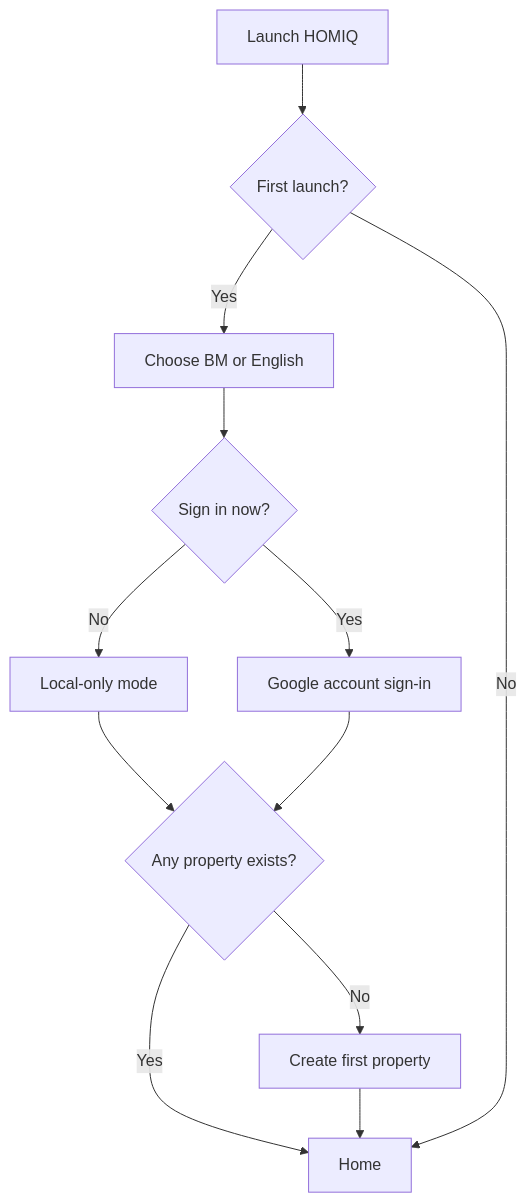
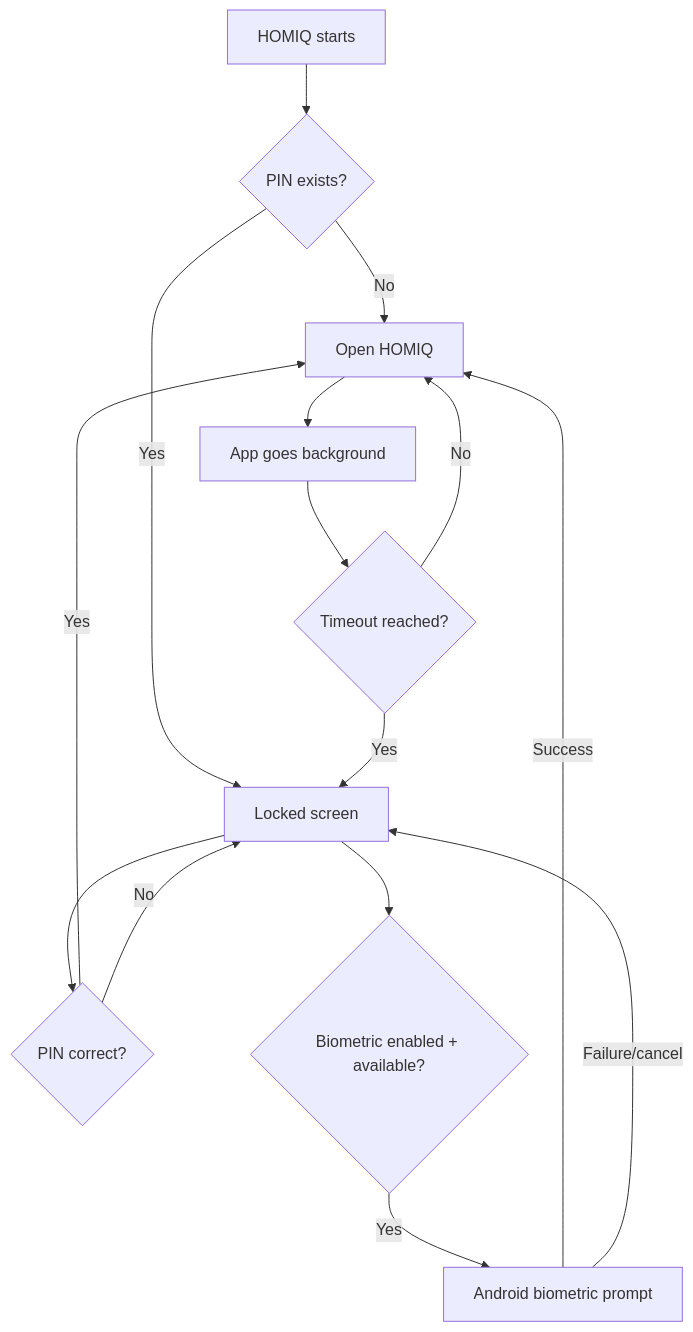
One commit to IzokaGM/HOMIQ changed the diagram in docs/FLOWCHART.md. Above: the diagram before and after it, drawn with Mermaid. The commit also changed other lines of this file and 26 other files, not shown here.

````diff
--- a/docs/FLOWCHART.md
+++ b/docs/FLOWCHART.md
@@ -104,14 +8,17 @@
 ```mermaid
 flowchart TD
-    A[Launch HOMIQ] --> B{First launch?}
-    B -->|Yes| C[Choose BM or English]
-    C --> D{Sign in now?}
-    D -->|No| E[Local-only mode]
-    D -->|Yes| F[Google account sign-in]
-    E --> G{Any property exists?}
-    F --> G
-    G -->|No| H[Create first property]
-    G -->|Yes| I[Home]
-    H --> I
-    B -->|No| I
+    A[HOMIQ starts] --> B{PIN exists?}
+    B -- No --> C[Open HOMIQ]
+    B -- Yes --> D[Locked screen]
+    D --> E{PIN correct?}
+    E -- Yes --> C
+    E -- No --> D
+    D --> F{Biometric enabled + available?}
+    F -- Yes --> G[Android biometric prompt]
+    G -- Success --> C
+    G -- Failure/cancel --> D
+    C --> H[App goes background]
+    H --> I{Timeout reached?}
+    I -- Yes --> D
+    I -- No --> C
 ```
````
